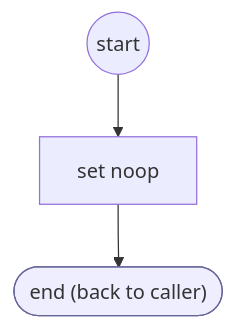
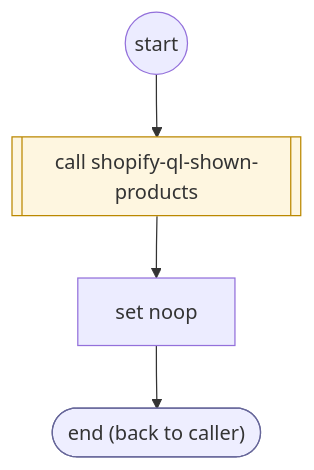
One commit to ronpinkas/jsfe changed the diagram in docs/flows/shopify/shopify-ql-product-facts-load.md. Above: the diagram before and after it, drawn with Mermaid. The commit also changed other lines of this file and 11 other files, not shown here.

````diff
--- a/docs/flows/shopify/shopify-ql-product-facts-load.md
+++ b/docs/flows/shopify/shopify-ql-product-facts-load.md
@@ -15,13 +15,16 @@
 ```mermaid
 flowchart TD
    START(("start"))
-   n0["set noop"]
+   n0[["call shopify-ql-shown-products"]]
+   class n0 flowstep
    START --> n0
+   n1["set noop"]
+   n0 --> n1
    DONE(["end (back to caller)"])
    class DONE endstep
-   n0 --> DONE
+   n1 --> DONE
    classDef endstep fill:#eef,stroke:#669
    classDef toolstep fill:#efe,stroke:#696
    classDef flowstep fill:#fef6e0,stroke:#b80
    classDef inputstep fill:#f3eefc,stroke:#75a
 ```
````
